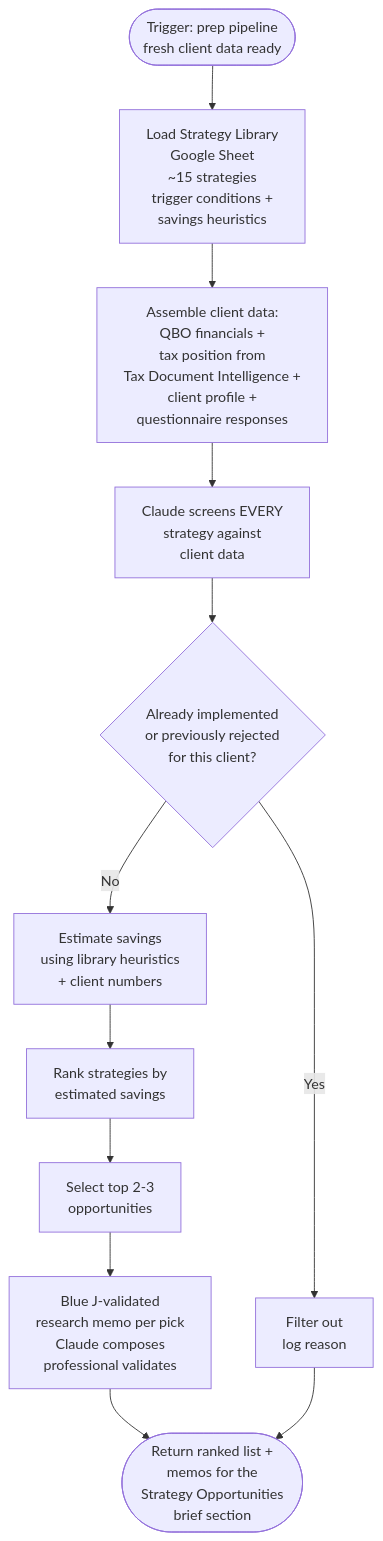
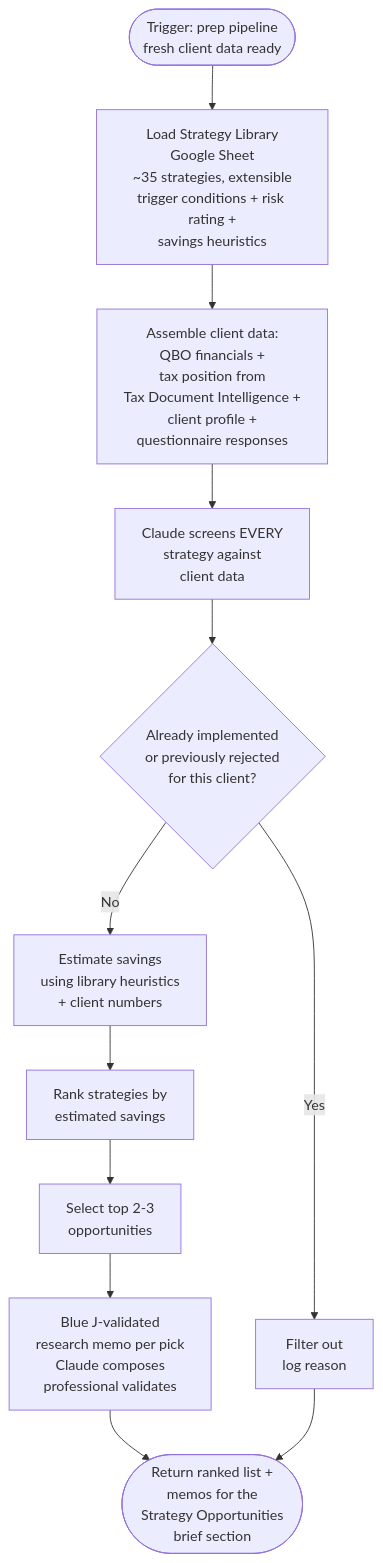
Diagram 15 of 27 in docs/quarterly-meeting-automation/05-Comprehensive-Workflow-Documentation.md (dkinvestments-art/n8n), drawn with Mermaid before and after one commit. The commit also changed other lines of this file and 2 other files, not shown here.

First line of the commit message:
docs: Expand strategy screener to 35+ strategies with custom intake

````diff
--- a/docs/quarterly-meeting-automation/05-Comprehensive-Workflow-Documentation.md
+++ b/docs/quarterly-meeting-automation/05-Comprehensive-Workflow-Documentation.md
@@ -864,22 +889,22 @@
 ```mermaid
 flowchart TD
-    IN([Trigger: prep pipeline<br/>fresh client data ready]) --> LIB[Load Strategy Library<br/>Google Sheet<br/>~15 strategies<br/>trigger conditions +<br/>savings heuristics]
+    IN([Trigger: prep pipeline<br/>fresh client data ready]) --> LIB[Load Strategy Library<br/>Google Sheet<br/>~35 strategies, extensible<br/>trigger conditions + risk rating +<br/>savings heuristics]
 
     LIB --> DATA[Assemble client data:<br/>QBO financials +<br/>tax position from<br/>Tax Document Intelligence +<br/>client profile +<br/>questionnaire responses]
 
     DATA --> SCREEN[Claude screens EVERY<br/>strategy against<br/>client data]
 
     SCREEN --> HISTORY{Already implemented<br/>or previously rejected<br/>for this client?}
 
     HISTORY -->|Yes| DROP[Filter out<br/>log reason]
     HISTORY -->|No| ESTIMATE[Estimate savings<br/>using library heuristics<br/>+ client numbers]
 
     ESTIMATE --> RANK[Rank strategies by<br/>estimated savings]
 
     RANK --> TOP[Select top 2-3<br/>opportunities]
 
     TOP --> MEMO[Blue J-validated<br/>research memo per pick<br/>Claude composes<br/>professional validates]
 
     MEMO --> OUT([Return ranked list +<br/>memos for the<br/>Strategy Opportunities<br/>brief section])
     DROP --> OUT
 ```
````
